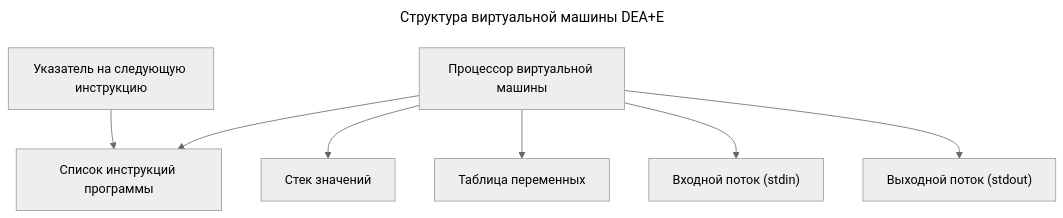
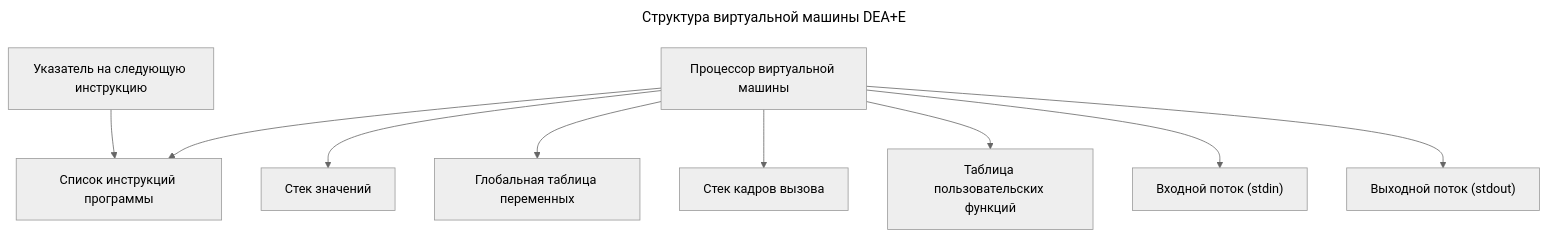
Before and after one commit to dxize/TPL: the diagram in docs/specification/04_virtual_machine.md, drawn with Mermaid (neutral theme). The commit also changed other lines of this file, not shown here.

````diff
--- a/docs/specification/04_virtual_machine.md
+++ b/docs/specification/04_virtual_machine.md
@@ -11,24 +11,28 @@
 ```mermaid
 ---
 title: Структура виртуальной машины DEA+E
 ---
 flowchart TB
     CPU["Процессор виртуальной машины"]
 
     Program["Список инструкций программы"]
     IP["Указатель на следующую инструкцию"]
 
     Eval["Стек значений"]
-    Vars["Таблица переменных"]
+    Globals["Глобальная таблица переменных"]
+    Frames["Стек кадров вызова"]
+    Funcs["Таблица пользовательских функций"]
 
     In["Входной поток (stdin)"]
     Out["Выходной поток (stdout)"]
 
     CPU --> Program
     IP --> Program
 
     CPU --> Eval
-    CPU --> Vars
+    CPU --> Globals
+    CPU --> Frames
+    CPU --> Funcs
     CPU --> In
     CPU --> Out
 ```
````
